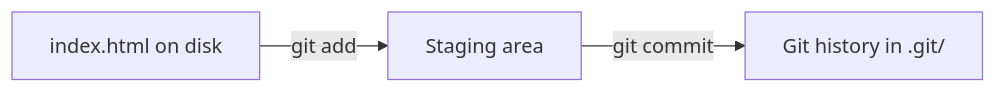
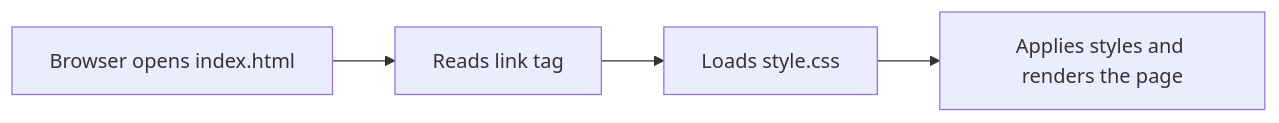
The diagram in docs/architecture.md (vedanta/box-runner), drawn with Mermaid before and after one commit. The commit also changed other lines of this file and 9 other files, not shown here.

````diff
--- a/docs/architecture.md
+++ b/docs/architecture.md
@@ -15,5 +16,6 @@
 ```mermaid
 flowchart LR
-  A[index.html on disk] -->|git add| B[Staging area]
-  B -->|git commit| C[Git history in .git/]
+  A[Browser opens index.html] --> B[Reads link tag]
+  B --> C[Loads style.css]
+  C --> D[Applies styles and renders the page]
 ```
````
